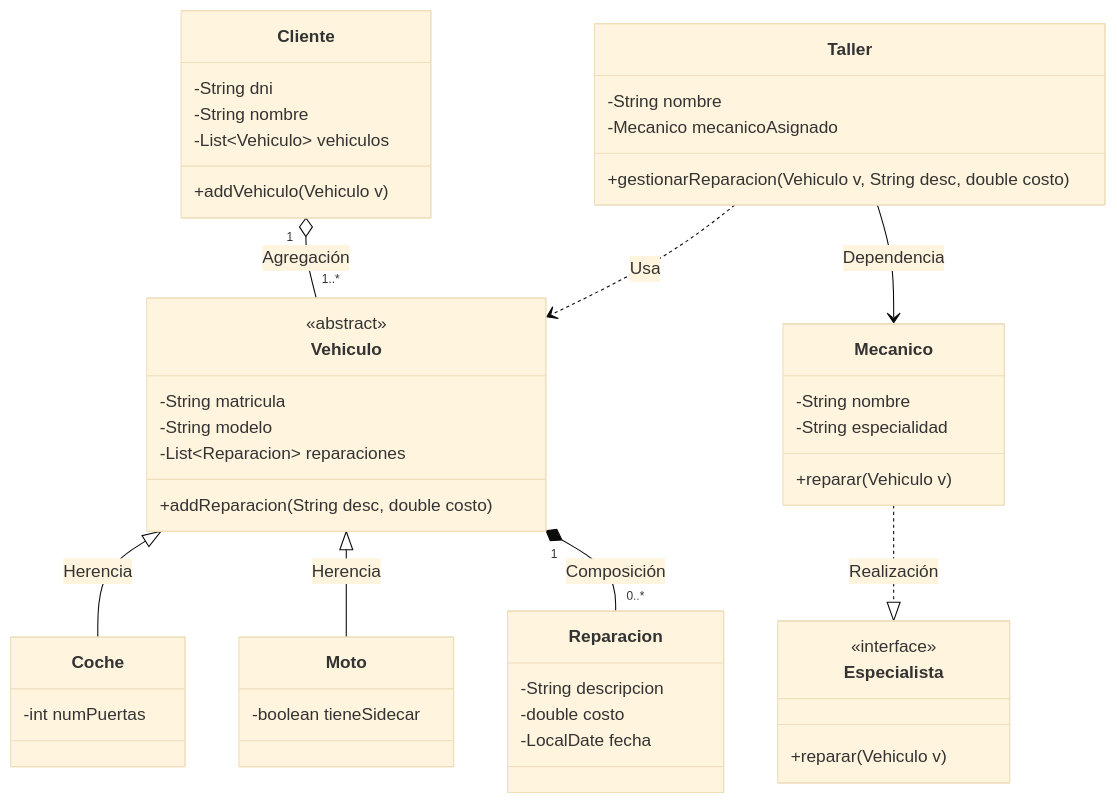
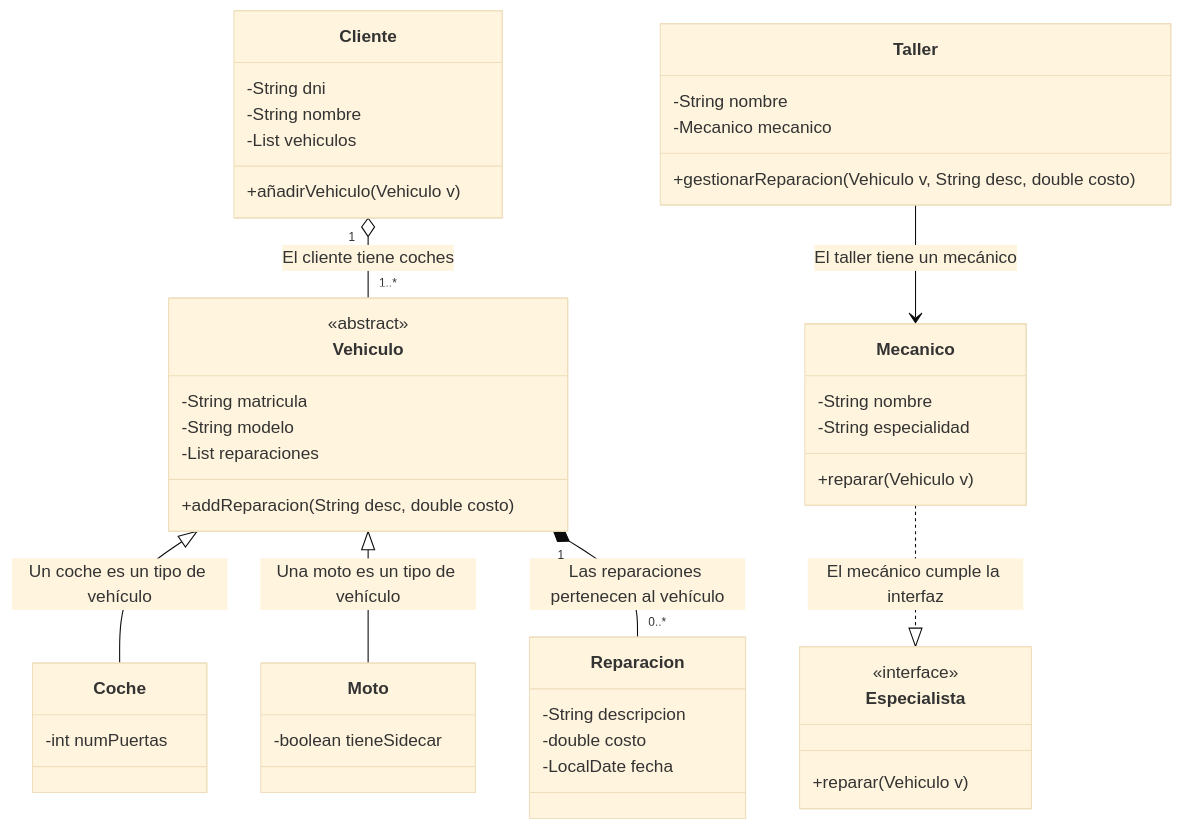
One commit to bbaakkuu-svg/6.3-Diagrama_De_Clases changed the first of 2 diagrams in README.md. Above: the diagram before and after it, drawn with Mermaid (base theme). The commit also changed other lines of this file and 11 other files, not shown here.

````diff
--- a/README.md
+++ b/README.md
@@ -32,59 +35,58 @@
 ```mermaid
 classDiagram
     direction TB
-    
+  
     class Cliente {
         -String dni
         -String nombre
-        -List~Vehiculo~ vehiculos
-        +addVehiculo(Vehiculo v)
+        -List vehiculos
+        +añadirVehiculo(Vehiculo v)
     }
 
     class Vehiculo {
         <<abstract>>
         -String matricula
         -String modelo
-        -List~Reparacion~ reparaciones
+        -List reparaciones
         +addReparacion(String desc, double costo)
     }
 
     class Coche {
         -int numPuertas
     }
 
     class Moto {
         -boolean tieneSidecar
     }
 
     class Reparacion {
         -String descripcion
         -double costo
         -LocalDate fecha
     }
 
     class Especialista {
         <<interface>>
         +reparar(Vehiculo v)
     }
 
     class Mecanico {
         -String nombre
         -String especialidad
         +reparar(Vehiculo v)
     }
 
     class Taller {
         -String nombre
-        -Mecanico mecanicoAsignado
+        -Mecanico mecanico
         +gestionarReparacion(Vehiculo v, String desc, double costo)
     }
 
-    %% Relaciones
-    Cliente "1" o-- "1..*" Vehiculo : Agregación
-    Vehiculo <|-- Coche : Herencia
-    Vehiculo <|-- Moto : Herencia
-    Vehiculo "1" *-- "0..*" Reparacion : Composición
-    Mecanico ..|> Especialista : Realización
-    Taller --> Mecanico : Dependencia
-    Taller ..> Vehiculo : Usa
+    %% Relaciones explicadas fácil:
+    Cliente "1" o-- "1..*" Vehiculo : El cliente tiene coches
+    Vehiculo <|-- Coche : Un coche es un tipo de vehículo
+    Vehiculo <|-- Moto : Una moto es un tipo de vehículo
+    Vehiculo "1" *-- "0..*" Reparacion : Las reparaciones pertenecen al vehículo
+    Mecanico ..|> Especialista : El mecánico cumple la interfaz
+    Taller --> Mecanico : El taller tiene un mecánico
 ```
````
